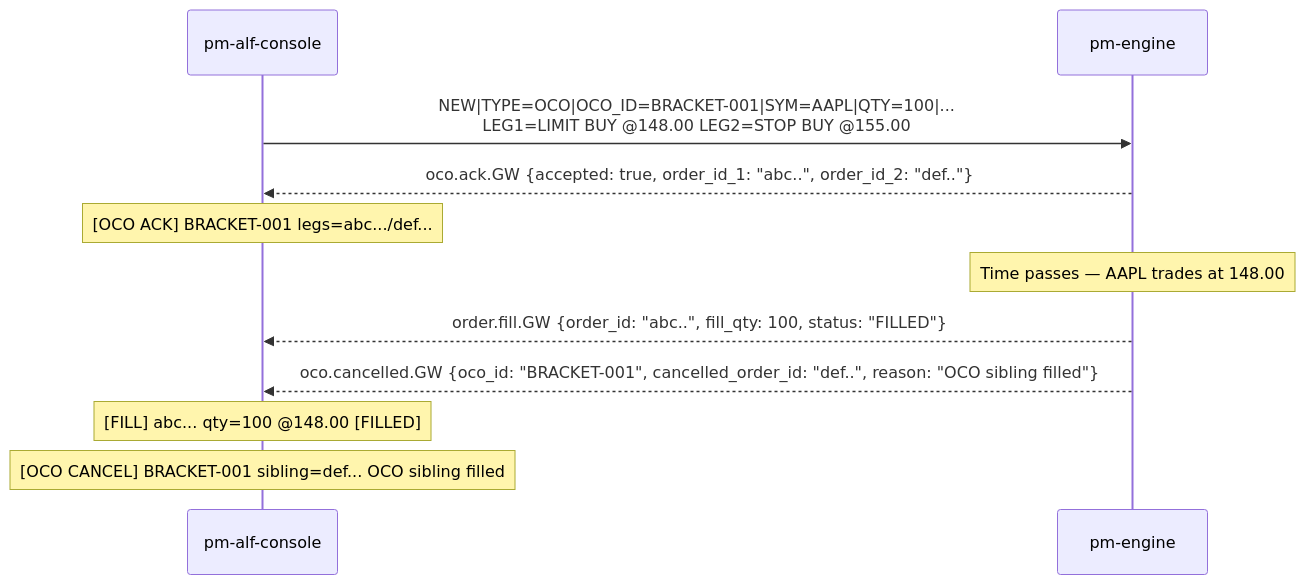
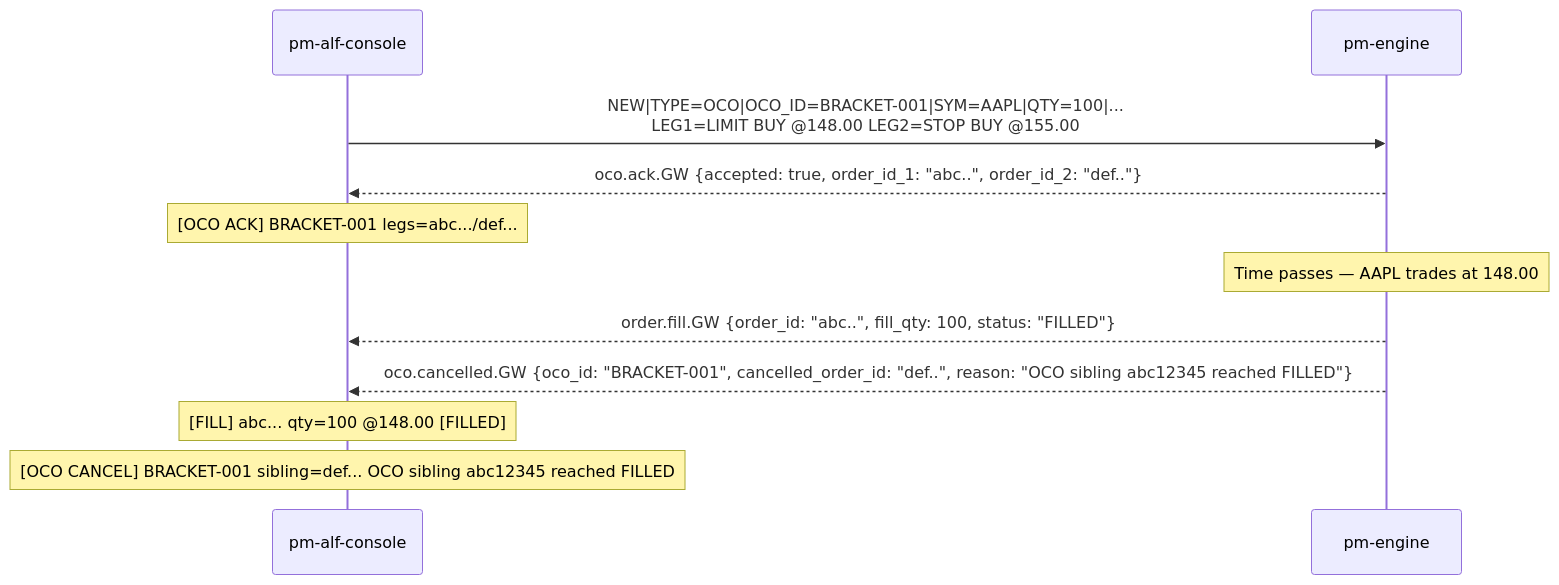
Before and after one commit to johan162/EduMatcher: the fifth of 5 diagrams in docs/books/participant-guide/part-2-orders/010-the-trader-console.md, drawn with Mermaid. The commit also changed other lines of this file and 13 other files, not shown here.

````diff
--- a/docs/books/participant-guide/part-2-orders/010-the-trader-console.md
+++ b/docs/books/participant-guide/part-2-orders/010-the-trader-console.md
@@ -730,15 +731,15 @@
 ```mermaid
 sequenceDiagram
     participant GW as pm-alf-console
     participant ENG as pm-engine
 
     GW->>ENG: NEW|TYPE=OCO|OCO_ID=BRACKET-001|SYM=AAPL|QTY=100|...<br/>LEG1=LIMIT BUY @148.00  LEG2=STOP BUY @155.00
     ENG-->>GW: oco.ack.GW {accepted: true, order_id_1: "abc..", order_id_2: "def.."}
     Note over GW: [OCO ACK]  BRACKET-001  legs=abc.../def...
 
     Note over ENG: Time passes — AAPL trades at 148.00
     ENG-->>GW: order.fill.GW  {order_id: "abc..", fill_qty: 100, status: "FILLED"}
-    ENG-->>GW: oco.cancelled.GW {oco_id: "BRACKET-001", cancelled_order_id: "def..", reason: "OCO sibling filled"}
+    ENG-->>GW: oco.cancelled.GW {oco_id: "BRACKET-001", cancelled_order_id: "def..", reason: "OCO sibling abc12345 reached FILLED"}
     Note over GW: [FILL] abc...  qty=100 @148.00 [FILLED]
-    Note over GW: [OCO CANCEL]  BRACKET-001  sibling=def...  OCO sibling filled
+    Note over GW: [OCO CANCEL]  BRACKET-001  sibling=def...  OCO sibling abc12345 reached FILLED
 ```
````
